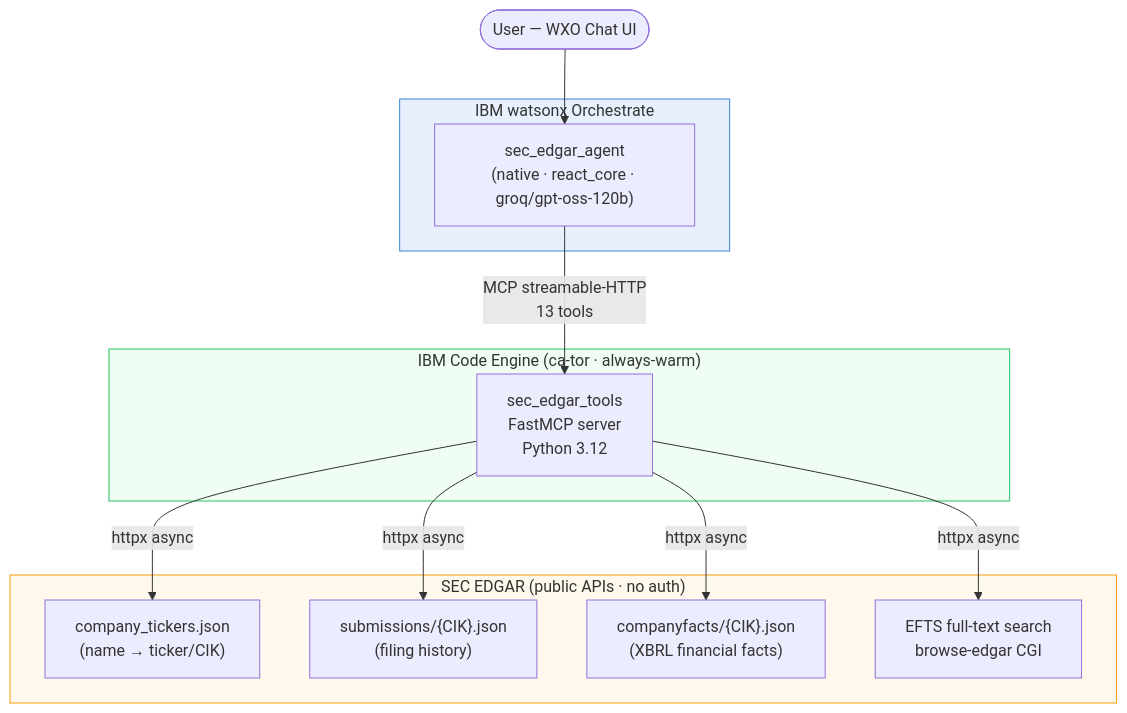
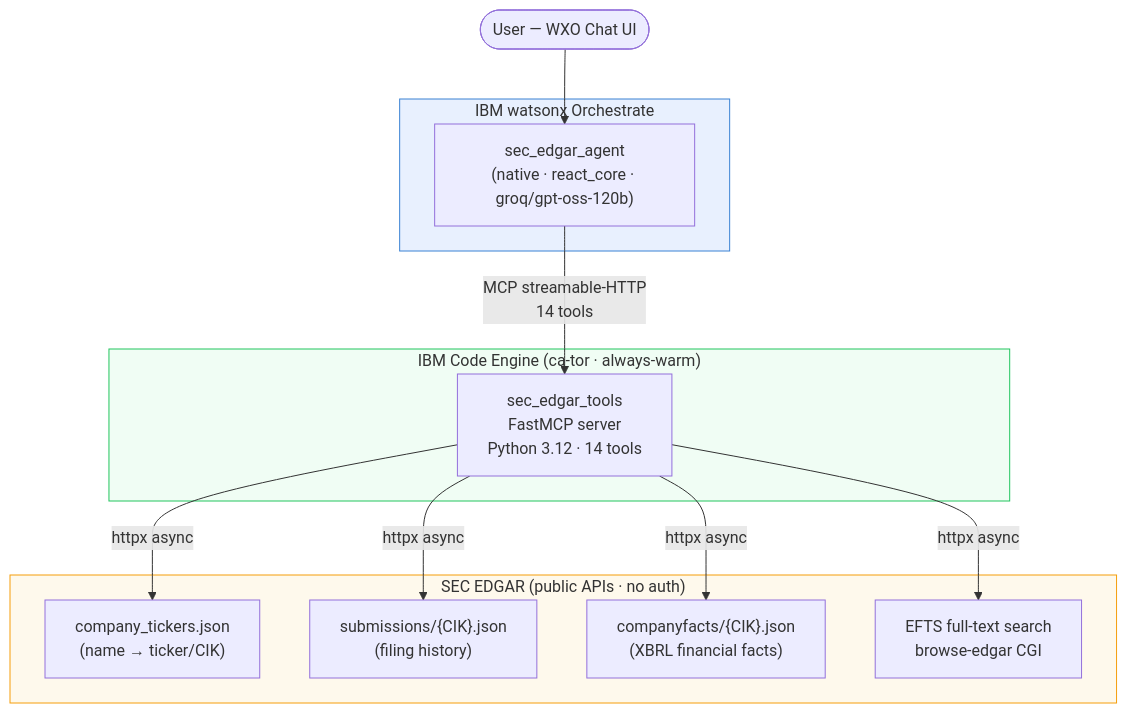
One commit to mkschihl/sec-edgar-mcp-hackathon changed the diagram in docs/submission.md. Above: the diagram before and after it, drawn with Mermaid. The commit also changed other lines of this file and 3 other files, not shown here.

````diff
--- a/docs/submission.md
+++ b/docs/submission.md
@@ -36,30 +36,30 @@
 ```mermaid
 flowchart TD
     U([User — WXO Chat UI]) --> A
 
     subgraph WXO["IBM watsonx Orchestrate"]
         A["sec_edgar_agent\n(native · react_core · groq/gpt-oss-120b)"]
     end
 
-    A -- "MCP streamable-HTTP\n13 tools" --> S
+    A -- "MCP streamable-HTTP\n14 tools" --> S
 
     subgraph CE["IBM Code Engine  (ca-tor · always-warm)"]
-        S["sec_edgar_tools\nFastMCP server\nPython 3.12"]
+        S["sec_edgar_tools\nFastMCP server\nPython 3.12 · 14 tools"]
     end
 
     S -- "httpx async" --> E1
     S -- "httpx async" --> E2
     S -- "httpx async" --> E3
     S -- "httpx async" --> E4
 
     subgraph SEC["SEC EDGAR  (public APIs · no auth)"]
         E1["company_tickers.json\n(name → ticker/CIK)"]
         E2["submissions/{CIK}.json\n(filing history)"]
         E3["companyfacts/{CIK}.json\n(XBRL financial facts)"]
         E4["EFTS full-text search\nbrowse-edgar CGI"]
     end
 
     style WXO fill:#e8f0fe,stroke:#3b82d4
     style CE  fill:#f0fdf4,stroke:#22c55e
     style SEC fill:#fef9ec,stroke:#f59e0b
 ```
````
